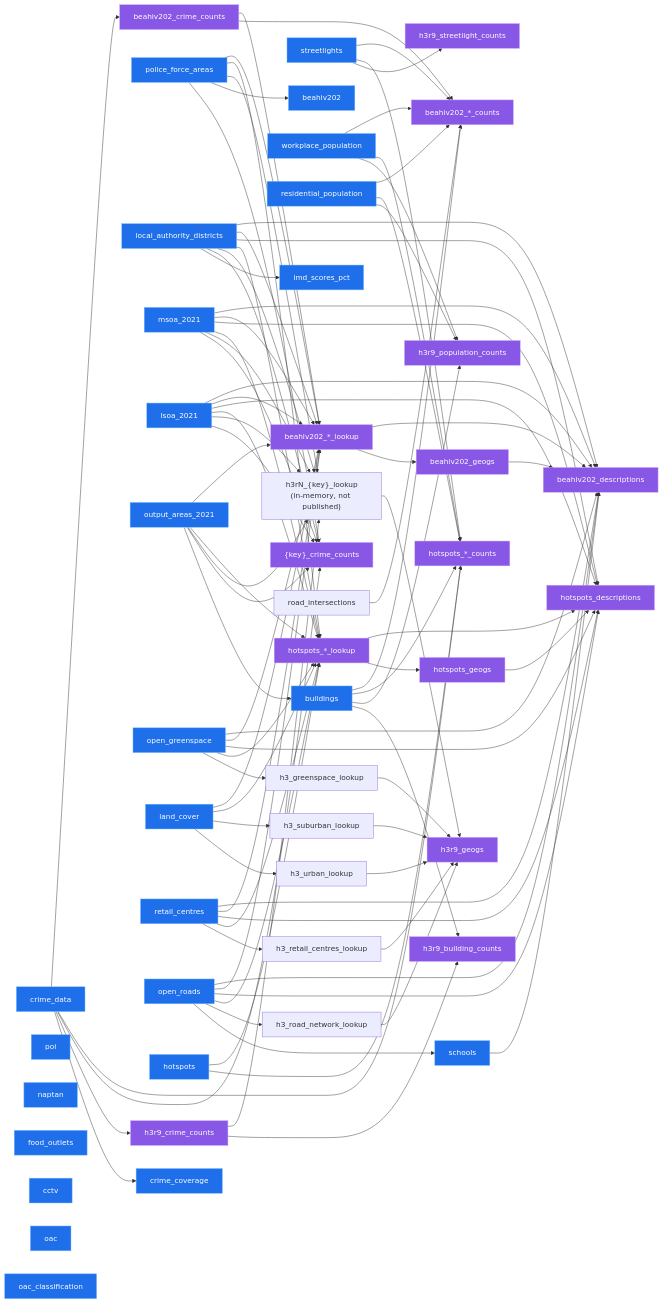
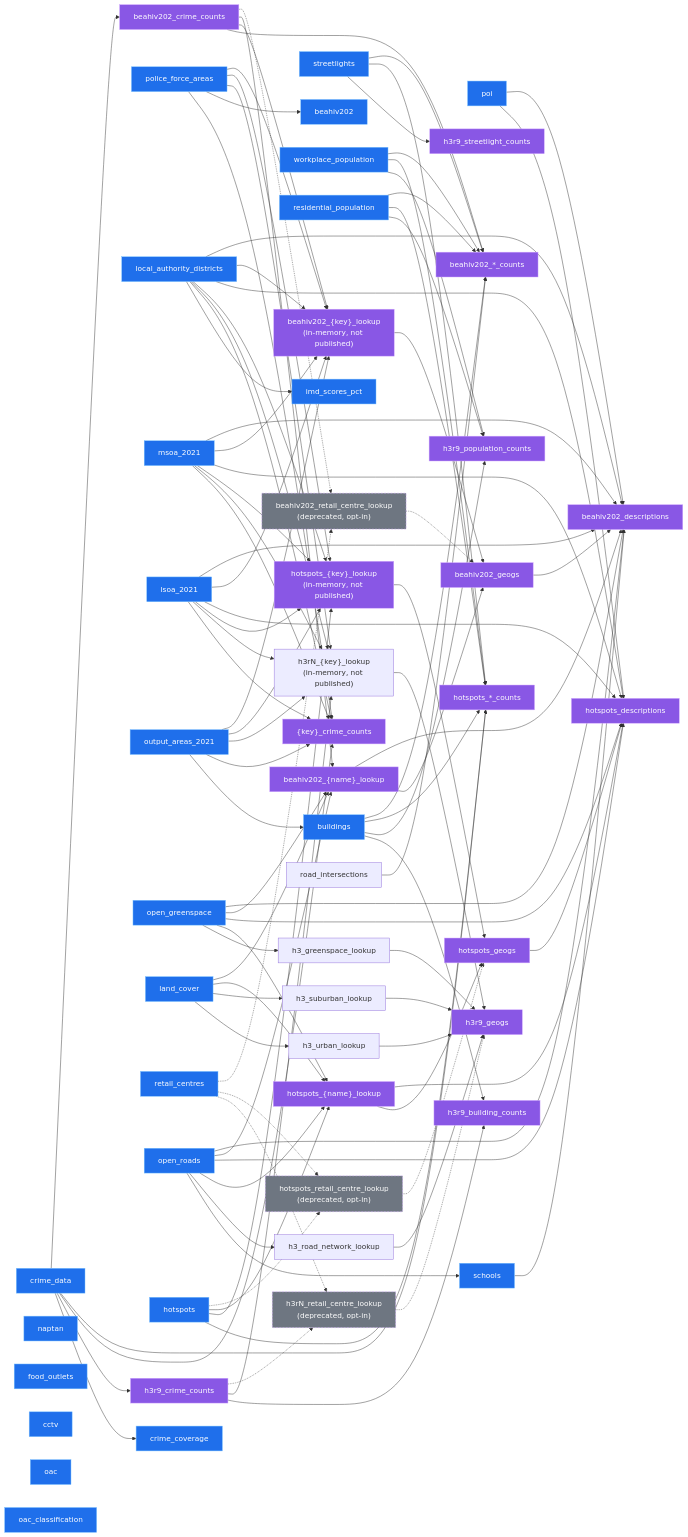
One commit to safer-streets/safer-streets-tooling changed the diagram in README.md. Above: the diagram before and after it, drawn with Mermaid. The commit also changed other lines of this file and 23 other files, not shown here.

````diff
--- a/README.md
+++ b/README.md
@@ -119,15 +129,19 @@
    h3_urban_lookup
    h3_suburban_lookup
    h3_road_network_lookup
-   h3_retail_centres_lookup
+   h3_retail_centres_lookup["h3rN_retail_centre_lookup<br/>(deprecated, opt-in)"]
    h3r9_geogs
    hotspot_counts["hotspots_*_counts"]
-   hotspot_lookups["hotspots_*_lookup"]
+   hotspot_geo_lookups["hotspots_{key}_lookup<br/>(in-memory, not published)"]
+   hotspot_lookups["hotspots_{name}_lookup"]
+   hotspots_retail_centre_lookup["hotspots_retail_centre_lookup<br/>(deprecated, opt-in)"]
    hotspots_geogs
    hotspots_descriptions
    beahiv202_crime_counts
    beahiv_counts_other["beahiv202_*_counts"]
-   beahiv_lookups["beahiv202_*_lookup"]
+   beahiv_geo_lookups["beahiv202_{key}_lookup<br/>(in-memory, not published)"]
+   beahiv_lookups["beahiv202_{name}_lookup"]
+   beahiv202_retail_centre_lookup["beahiv202_retail_centre_lookup<br/>(deprecated, opt-in)"]
    beahiv202_geogs
    beahiv202_descriptions
 
@@ -164,13 +178,14 @@
     land_cover --> h3_urban_lookup
     land_cover --> h3_suburban_lookup
     open_roads --> h3_road_network_lookup
-    retail_centres --> h3_retail_centres_lookup
+    retail_centres -.-> h3_retail_centres_lookup
+    h3r9_crime_counts -.-> h3_retail_centres_lookup
     h3_geogs_lookup --> h3r9_geogs
     h3_greenspace_lookup --> h3r9_geogs
     h3_urban_lookup --> h3r9_geogs
     h3_suburban_lookup --> h3r9_geogs
     h3_road_network_lookup --> h3r9_geogs
-    h3_retail_centres_lookup --> h3r9_geogs
+    h3_retail_centres_lookup -.-> h3r9_geogs
 
     %% transform edges: the same relations on the hotspot hexes (their own grid, so no crime_counts edge)
     hotspots --> hotspot_counts
@@ -179,22 +194,26 @@
     buildings --> hotspot_counts
     workplace_population --> hotspot_counts
     residential_population --> hotspot_counts
+    hotspots --> hotspot_geo_lookups
+    police_force_areas --> hotspot_geo_lookups
+    local_authority_districts --> hotspot_geo_lookups
+    msoa_2021 --> hotspot_geo_lookups
+    lsoa_2021 --> hotspot_geo_lookups
+    output_areas_2021 --> hotspot_geo_lookups
     hotspots --> hotspot_lookups
-    police_force_areas --> hotspot_lookups
-    local_authority_districts --> hotspot_lookups
-    msoa_2021 --> hotspot_lookups
-    lsoa_2021 --> hotspot_lookups
-    output_areas_2021 --> hotspot_lookups
     open_greenspace --> hotspot_lookups
     land_cover --> hotspot_lookups
     open_roads --> hotspot_lookups
-    retail_centres --> hotspot_lookups
+    hotspots -.-> hotspots_retail_centre_lookup
+    retail_centres -.-> hotspots_retail_centre_lookup
+    hotspot_geo_lookups --> hotspots_geogs
     hotspot_lookups --> hotspots_geogs
+    hotspots_retail_centre_lookup -.-> hotspots_geogs
     hotspots_geogs --> hotspots_descriptions
     hotspot_lookups --> hotspots_descriptions
     open_roads --> hotspots_descriptions
     open_greenspace --> hotspots_descriptions
-    retail_centres --> hotspots_descriptions
+    poi --> hotspots_descriptions
     local_authority_districts --> hotspots_descriptions
     msoa_2021 --> hotspots_descriptions
     lsoa_2021 --> hotspots_descriptions
@@ -207,23 +226,27 @@
     workplace_population --> beahiv_counts_other
     residential_population --> beahiv_counts_other
     road_intersections --> beahiv_counts_other
+    beahiv202_crime_counts --> beahiv_geo_lookups
+    police_force_areas --> beahiv_geo_lookups
+    local_authority_districts --> beahiv_geo_lookups
+    msoa_2021 --> beahiv_geo_lookups
+    lsoa_2021 --> beahiv_geo_lookups
+    output_areas_2021 --> beahiv_geo_lookups
     beahiv202_crime_counts --> beahiv_lookups
-    police_force_areas --> beahiv_lookups
-    local_authority_districts --> beahiv_lookups
-    msoa_2021 --> beahiv_lookups
-    lsoa_2021 --> beahiv_lookups
-    output_areas_2021 --> beahiv_lookups
     open_greenspace --> beahiv_lookups
     land_cover --> beahiv_lookups
     open_roads --> beahiv_lookups
-    retail_centres --> beahiv_lookups
+    beahiv202_crime_counts -.-> beahiv202_retail_centre_lookup
+    retail_centres -.-> beahiv202_retail_centre_lookup
+    beahiv_geo_lookups --> beahiv202_geogs
     beahiv_lookups --> beahiv202_geogs
+    beahiv202_retail_centre_lookup -.-> beahiv202_geogs
     beahiv202_geogs --> beahiv202_descriptions
     beahiv_lookups --> beahiv202_descriptions
     open_roads --> beahiv202_descriptions
     open_greenspace --> beahiv202_descriptions
+    poi --> beahiv202_descriptions
     schools --> beahiv202_descriptions
-    retail_centres --> beahiv202_descriptions
     local_authority_districts --> beahiv202_descriptions
     msoa_2021 --> beahiv202_descriptions
     lsoa_2021 --> beahiv202_descriptions
@@ -231,6 +254,8 @@
     %% colour by phase, tuned for dark backgrounds (white text on saturated fills, light strokes)
     classDef extract fill:#1f6feb,stroke:#79c0ff,stroke-width:1px,color:#ffffff;
     classDef transform fill:#8957e5,stroke:#d2a8ff,stroke-width:1px,color:#ffffff;
+    classDef deprecated fill:#6e7681,stroke:#d2a8ff,stroke-width:1px,stroke-dasharray:4 3,color:#ffffff;
     class crime_data,crime_coverage,police_force_areas,local_authority_districts,msoa_2021,lsoa_2021,output_areas_2021,open_greenspace,land_cover,buildings,retail_centres,open_roads,poi,naptan,food_outlets,streetlights,cctv,schools,imd_scores_pct,oac,oac_classification,workplace_population,residential_population,beahiv202,hotspots extract;
-    class h3r9_crime_counts,geog_crime_counts,beahiv_counts_other,h3r9_streetlight_counts,h3r9_building_counts,h3r9_population_counts,h3r9_geogs,hotspot_counts,hotspot_lookups,hotspots_geogs,hotspots_descriptions,beahiv202_crime_counts,beahiv_lookups,beahiv202_geogs,beahiv202_descriptions transform;
+    class h3r9_crime_counts,geog_crime_counts,beahiv_counts_other,h3r9_streetlight_counts,h3r9_building_counts,h3r9_population_counts,h3r9_geogs,hotspot_counts,hotspot_geo_lookups,hotspot_lookups,hotspots_geogs,hotspots_descriptions,beahiv202_crime_counts,beahiv_geo_lookups,beahiv_lookups,beahiv202_geogs,beahiv202_descriptions transform;
+    class h3_retail_centres_lookup,hotspots_retail_centre_lookup,beahiv202_retail_centre_lookup deprecated;
 ```
````
